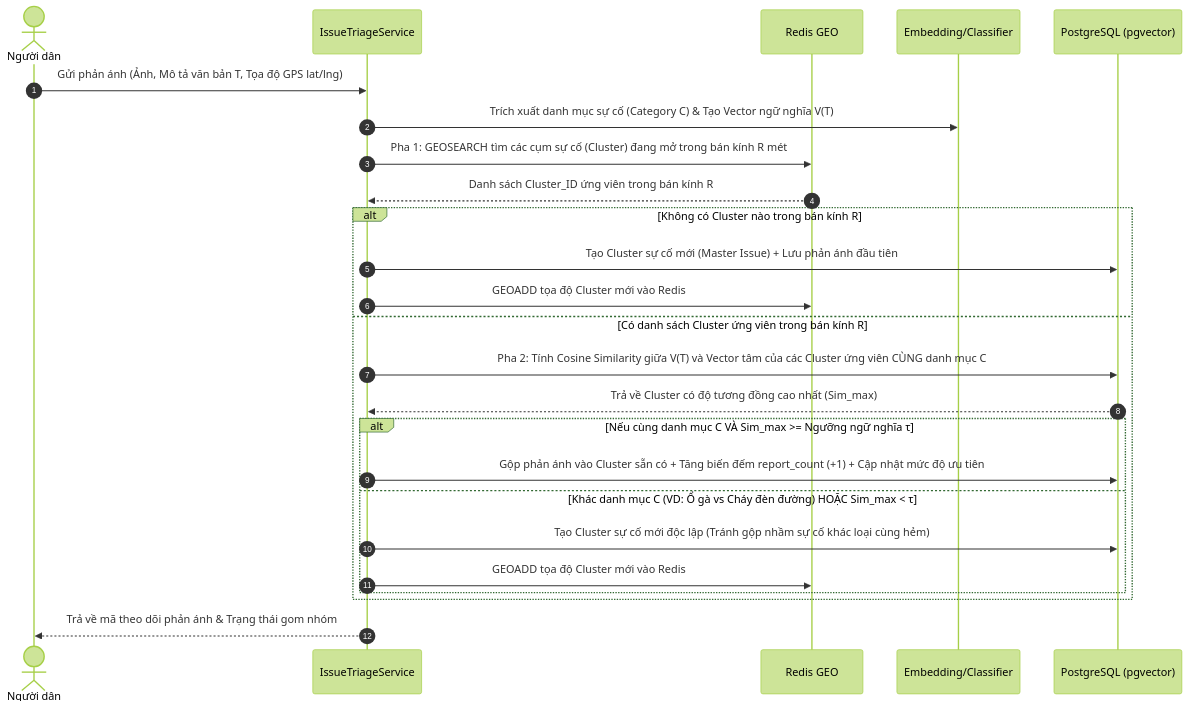
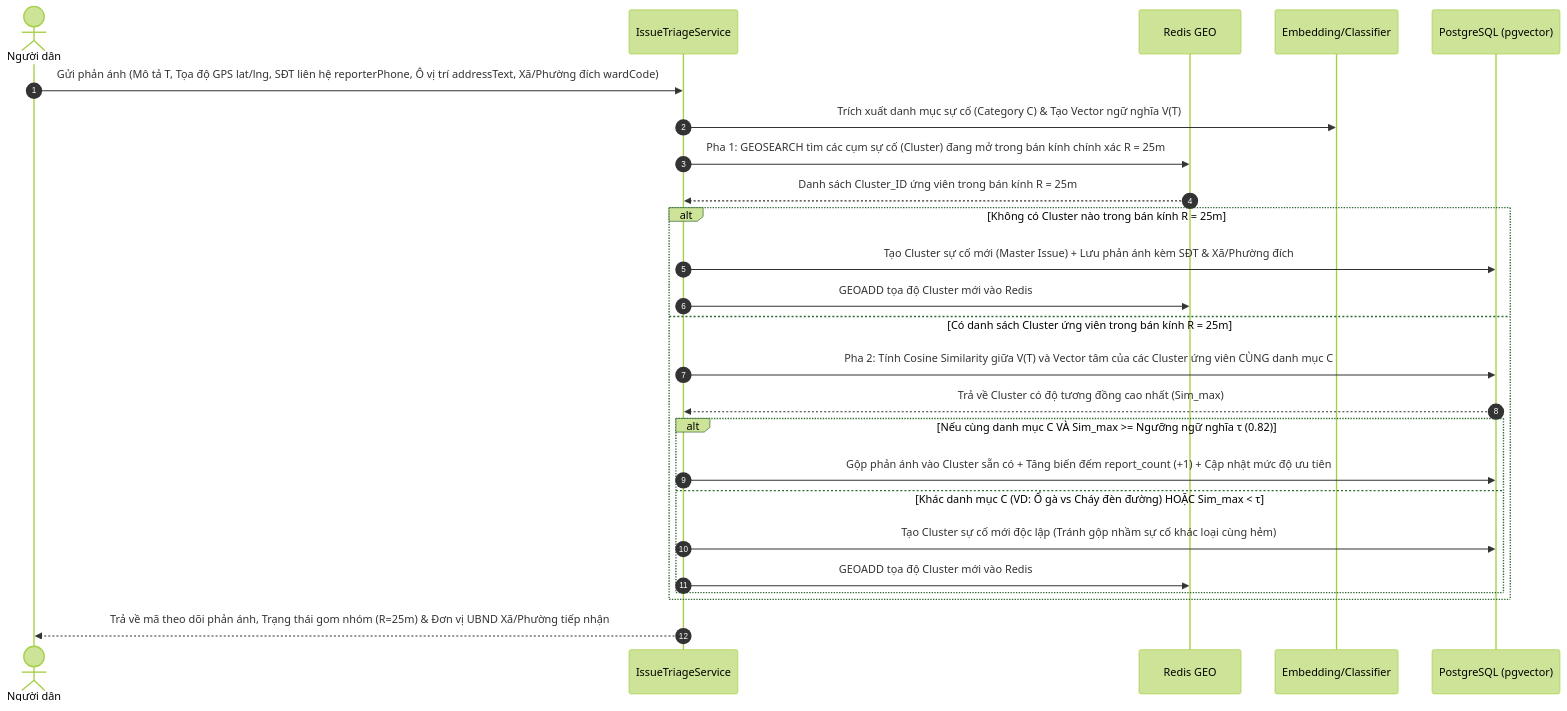
Before and after one commit to tuankhanh2306/SmartWardAI: the third of 5 diagrams in docs/architecture/ARCHITECTURE_AND_FLOWS.md, drawn with Mermaid (forest theme). The commit also changed other lines of this file and 3 other files, not shown here.

Commit message:
docs: synchronize README and architecture specs with 4-form precheck, 25m GPS cross-ward routing, and 1-dashboard officer UI

````diff
--- a/docs/architecture/ARCHITECTURE_AND_FLOWS.md
+++ b/docs/architecture/ARCHITECTURE_AND_FLOWS.md
@@ -107,29 +107,29 @@
 ```mermaid
 sequenceDiagram
     autonumber
     actor User as Người dân
     participant API as IssueTriageService
     participant Redis as Redis GEO
     participant LLM as Embedding/Classifier
     participant DB as PostgreSQL (pgvector)
 
-    User->>API: Gửi phản ánh (Ảnh, Mô tả văn bản T, Tọa độ GPS lat/lng)
+    User->>API: Gửi phản ánh (Mô tả T, Tọa độ GPS lat/lng, SĐT liên hệ reporterPhone, Ô vị trí addressText, Xã/Phường đích wardCode)
     API->>LLM: Trích xuất danh mục sự cố (Category C) & Tạo Vector ngữ nghĩa V(T)
-    API->>Redis: Pha 1: GEOSEARCH tìm các cụm sự cố (Cluster) đang mở trong bán kính R mét
-    Redis-->>API: Danh sách Cluster_ID ứng viên trong bán kính R
+    API->>Redis: Pha 1: GEOSEARCH tìm các cụm sự cố (Cluster) đang mở trong bán kính chính xác R = 25m
+    Redis-->>API: Danh sách Cluster_ID ứng viên trong bán kính R = 25m
 
-    alt Không có Cluster nào trong bán kính R
-        API->>DB: Tạo Cluster sự cố mới (Master Issue) + Lưu phản ánh đầu tiên
+    alt Không có Cluster nào trong bán kính R = 25m
+        API->>DB: Tạo Cluster sự cố mới (Master Issue) + Lưu phản ánh kèm SĐT & Xã/Phường đích
         API->>Redis: GEOADD tọa độ Cluster mới vào Redis
-    else Có danh sách Cluster ứng viên trong bán kính R
+    else Có danh sách Cluster ứng viên trong bán kính R = 25m
         API->>DB: Pha 2: Tính Cosine Similarity giữa V(T) và Vector tâm của các Cluster ứng viên CÙNG danh mục C
         DB-->>API: Trả về Cluster có độ tương đồng cao nhất (Sim_max)
-        alt Nếu cùng danh mục C VÀ Sim_max >= Ngưỡng ngữ nghĩa τ
+        alt Nếu cùng danh mục C VÀ Sim_max >= Ngưỡng ngữ nghĩa τ (0.82)
             API->>DB: Gộp phản ánh vào Cluster sẵn có + Tăng biến đếm report_count (+1) + Cập nhật mức độ ưu tiên
         else Khác danh mục C (VD: Ổ gà vs Cháy đèn đường) HOẶC Sim_max < τ
             API->>DB: Tạo Cluster sự cố mới độc lập (Tránh gộp nhầm sự cố khác loại cùng hẻm)
             API->>Redis: GEOADD tọa độ Cluster mới vào Redis
         end
     end
-    API-->>User: Trả về mã theo dõi phản ánh & Trạng thái gom nhóm
+    API-->>User: Trả về mã theo dõi phản ánh, Trạng thái gom nhóm (R=25m) & Đơn vị UBND Xã/Phường tiếp nhận
 ```
````
